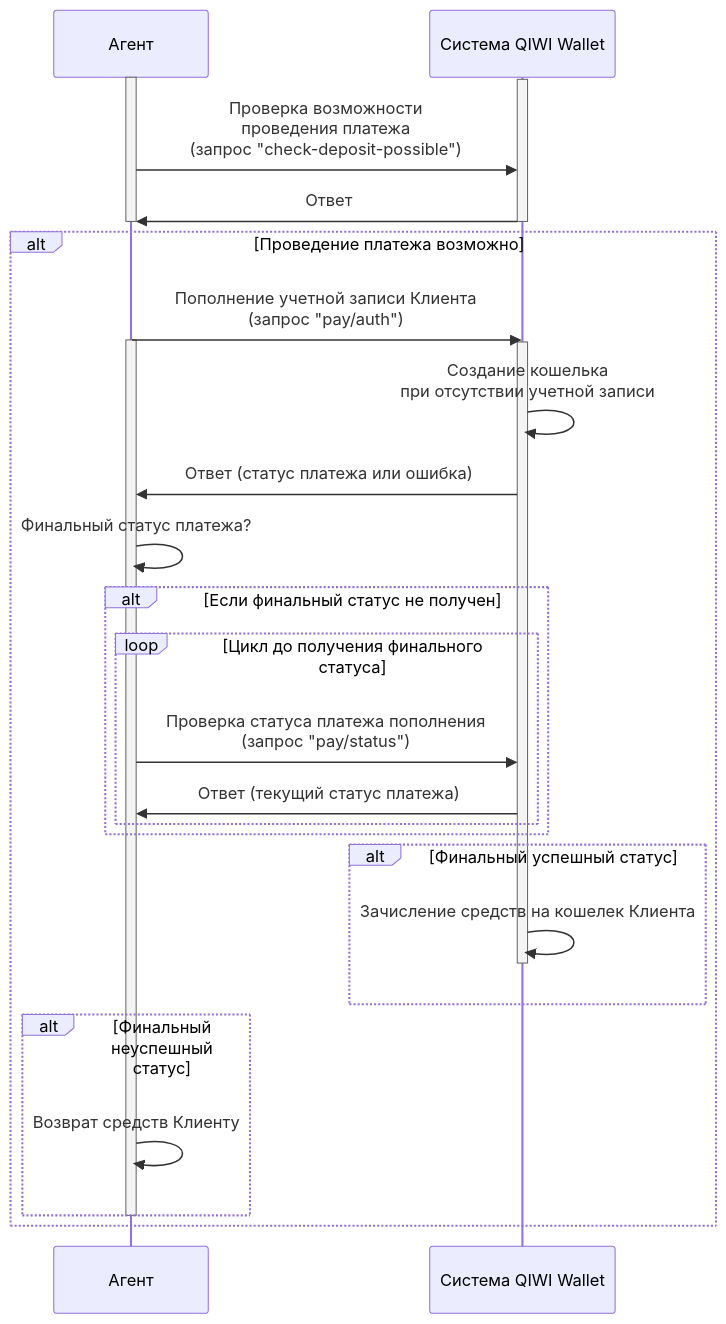
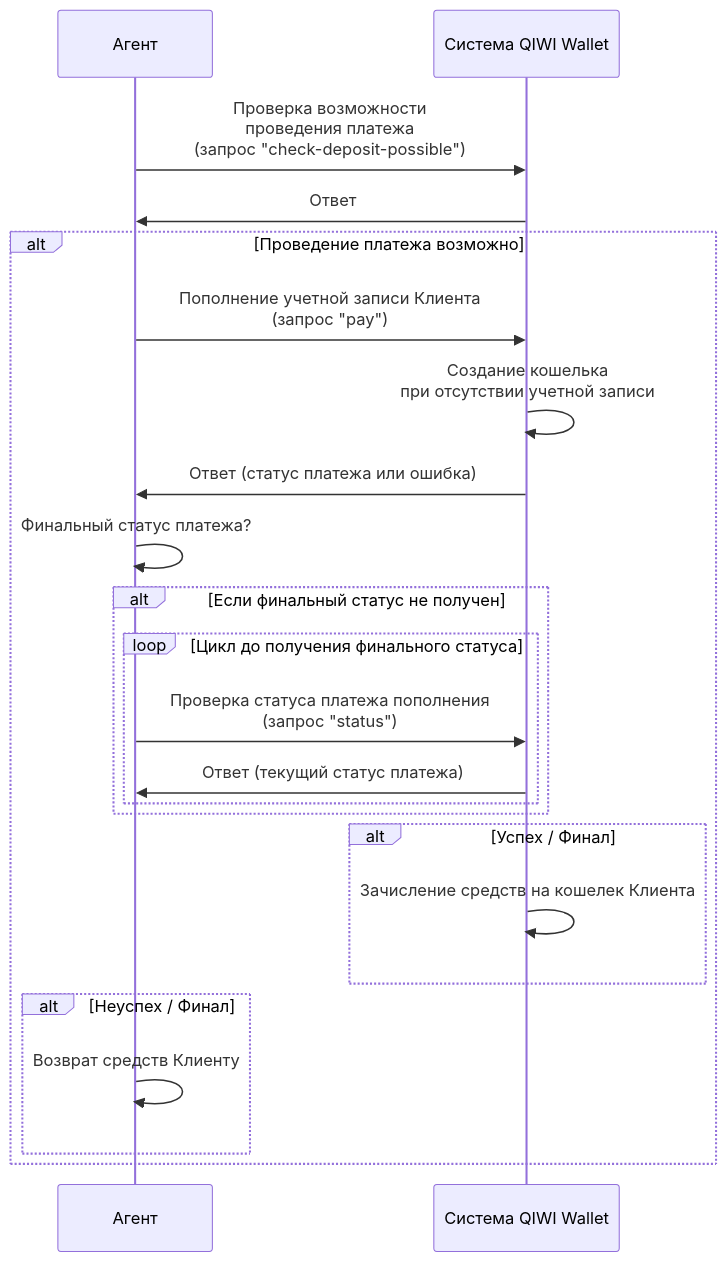
The diagram in topup-wallet_ru.html.md (QIWI-API/topup-wallet-docs), drawn with Mermaid before and after one commit. The commit also changed other lines of this file and 12 other files, not shown here.

```diff
--- a/topup-wallet_ru.html.md
+++ b/topup-wallet_ru.html.md
@@ -82,33 +92,25 @@
 <div class="mermaid">
 sequenceDiagram
 participant Agent as Агент
 participant qb as Система QIWI Wallet
-activate Agent  
-activate qb  
 Agent->>qb:Проверка возможности<br>проведения платежа<br>(запрос "check-deposit-possible")
 qb->>Agent:Ответ
-deactivate Agent 
-deactivate qb
 alt Проведение платежа возможно
-Agent->>qb:Пополнение учетной записи Клиента<br>(запрос "pay/auth")
-activate Agent  
-activate qb  
+Agent->>qb:Пополнение учетной записи Клиента<br>(запрос "pay")
 qb->>qb:Создание кошелька <br>при отсутствии учетной записи
 qb->>Agent:Ответ (статус платежа или ошибка)
 Agent->>Agent:Финальный статус платежа?
 alt Если финальный статус не получен
 loop Цикл до получения финального статуса
-Agent->>qb:Проверка статуса платежа пополнения<br>(запрос "pay/status")
+Agent->>qb:Проверка статуса платежа пополнения<br>(запрос "status")
 qb->>Agent:Ответ (текущий статус платежа)
 end
 end
-alt Финальный успешный статус
+alt Успех / Финал
 qb->>qb:Зачисление средств на кошелек Клиента
-deactivate qb
 end
-alt Финальный неуспешный статус
+alt Неуспех / Финал
 Agent->>Agent:Возврат средств Клиенту
 end
-deactivate Agent
 end
 </div>
```
